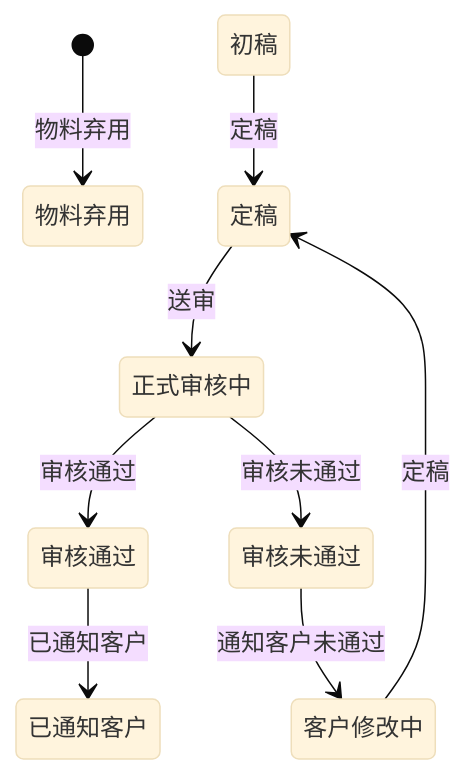
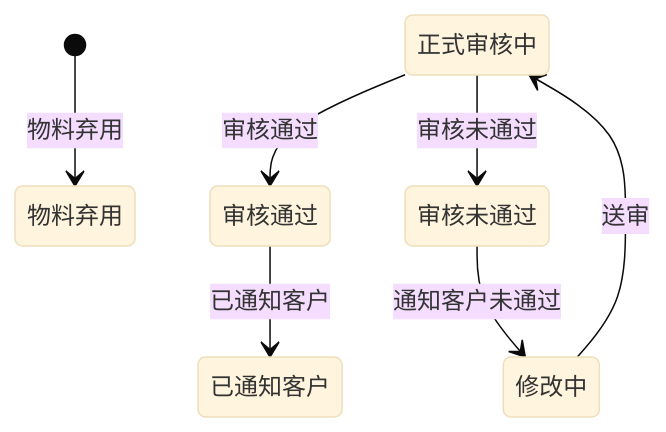
Before and after one commit to FIPOCHINA/fipo-fsm: the diagram in docs/MarketingMaterial_display.mermaid, drawn with Mermaid (base theme). The commit also changed 47 other files, not shown here.

```diff
--- a/docs/MarketingMaterial_display.mermaid
+++ b/docs/MarketingMaterial_display.mermaid
@@ -1,9 +1,7 @@
 stateDiagram-v2
 [*] --> 物料弃用 : 物料弃用
-初稿 --> 定稿 : 定稿
-定稿 --> 正式审核中 : 送审
 正式审核中 --> 审核通过 : 审核通过
 正式审核中 --> 审核未通过 : 审核未通过
 审核通过 --> 已通知客户 : 已通知客户
-审核未通过 --> 客户修改中 : 通知客户未通过
-客户修改中 --> 定稿 : 定稿
+审核未通过 --> 修改中 : 通知客户未通过
+修改中 --> 正式审核中 : 送审
```
